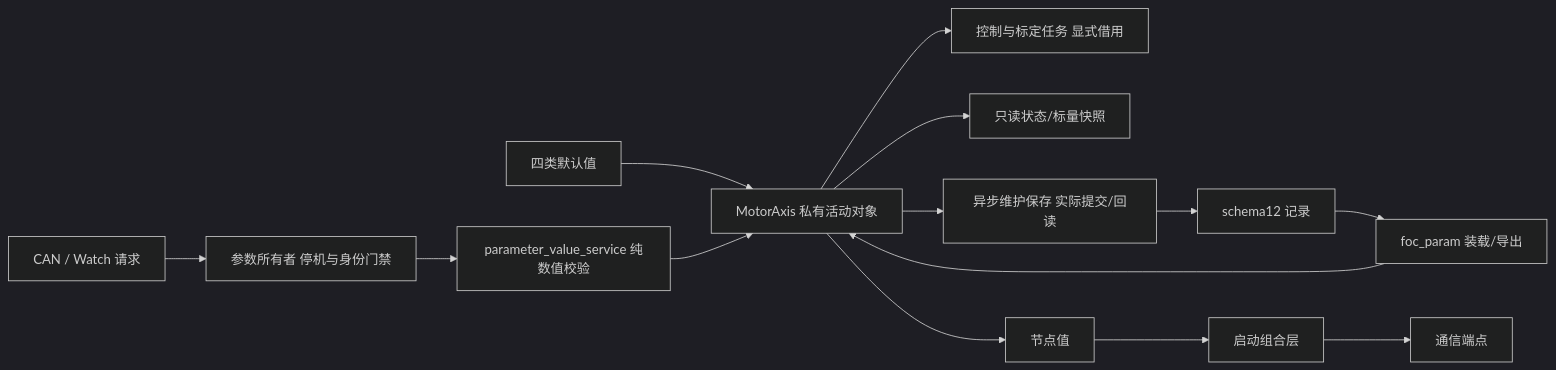
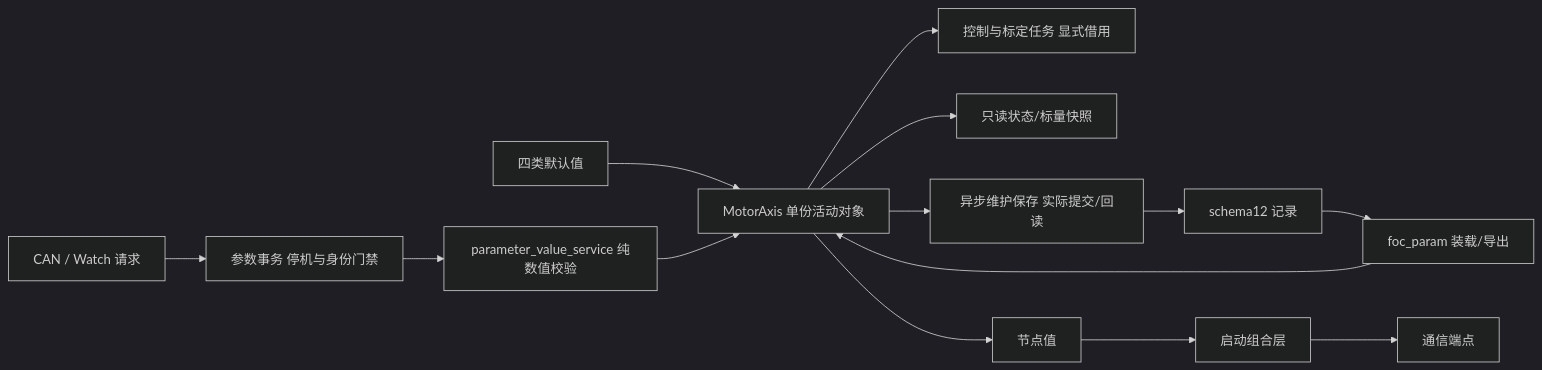
Before and after one commit to haoyang877/Vector_Mini_ST_Firmware: the diagram in docs/architecture/parameter_ownership_v1.md, drawn with Mermaid (dark theme). The commit also changed other lines of this file and 102 other files, not shown here.

Commit message:
refactor: freeze integrated APP core architecture candidate

````diff
--- a/docs/architecture/parameter_ownership_v1.md
+++ b/docs/architecture/parameter_ownership_v1.md
@@ -30,16 +33,16 @@
 ```mermaid
 flowchart LR
-    Defaults[四类默认值] --> Owner[MotorAxis 私有活动对象]
+    Defaults[四类默认值] --> Owner[MotorAxis 单份活动对象]
     Store[schema12 记录] --> Adapter[foc_param 装载/导出]
     Adapter --> Owner
-    Command[CAN / Watch 请求] --> Gate[参数所有者 停机与身份门禁]
+    Command[CAN / Watch 请求] --> Gate[参数事务 停机与身份门禁]
     Gate --> Value[parameter_value_service 纯数值校验]
     Value --> Owner
     Owner --> Control[控制与标定任务 显式借用]
     Owner --> Snapshot[只读状态/标量快照]
     Owner --> Save[异步维护保存 实际提交/回读]
     Save --> Store
     Owner --> Node[节点值]
     Node --> Board[启动组合层]
     Board --> Endpoint[通信端点]
 ```
````
